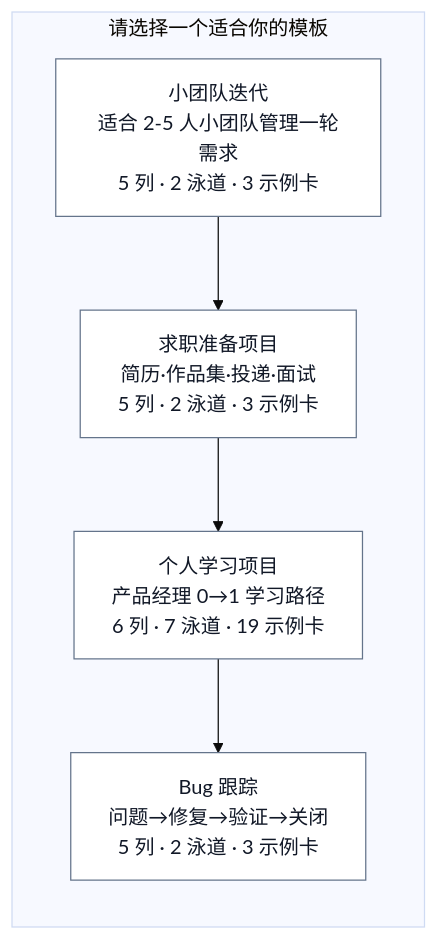
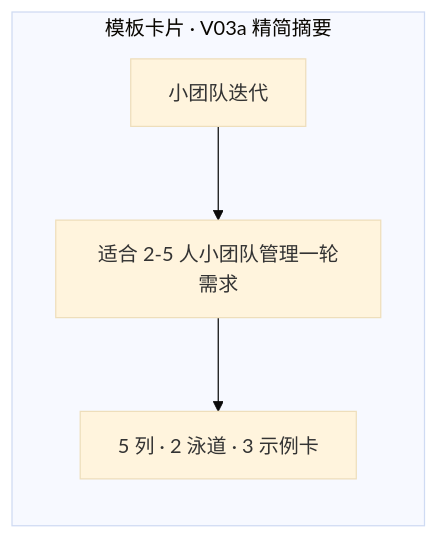
One commit to tangtongqing/kanboard-onboarding-optimization changed the first of 10 diagrams in docs/05-validation/低保真对照测试资产-PD-010C.md. Above: the diagram before and after it, drawn with Mermaid (base theme). The commit also changed other lines of this file and 146 other files, not shown here.

````diff
--- a/docs/05-validation/低保真对照测试资产-PD-010C.md
+++ b/docs/05-validation/低保真对照测试资产-PD-010C.md
@@ -118,15 +134,10 @@
 ```mermaid
 flowchart TB
-    subgraph T01_CARD["请选择一个适合你的模板"]
+    subgraph CARD_A["模板卡片 · V03a 精简摘要"]
         direction TB
-        C1["小团队迭代<br/>适合 2-5 人小团队管理一轮需求<br/>5 列 · 2 泳道 · 3 示例卡"]
-        C2["求职准备项目<br/>简历·作品集·投递·面试<br/>5 列 · 2 泳道 · 3 示例卡"]
-        C3["个人学习项目<br/>产品经理 0→1 学习路径<br/>6 列 · 7 泳道 · 19 示例卡"]
-        C4["Bug 跟踪<br/>问题→修复→验证→关闭<br/>5 列 · 2 泳道 · 3 示例卡"]
+        NAME_A["小团队迭代"]
+        DESC_A["适合 2-5 人小团队管理一轮需求"]
+        META_A["5 列 · 2 泳道 · 3 示例卡"]
+        NAME_A --> DESC_A --> META_A
     end
-
-    C1 --> C2 --> C3 --> C4
-
-    classDef card fill:#ffffff,stroke:#64748b,color:#111827;
-    class C1,C2,C3,C4 card;
 ```
````
